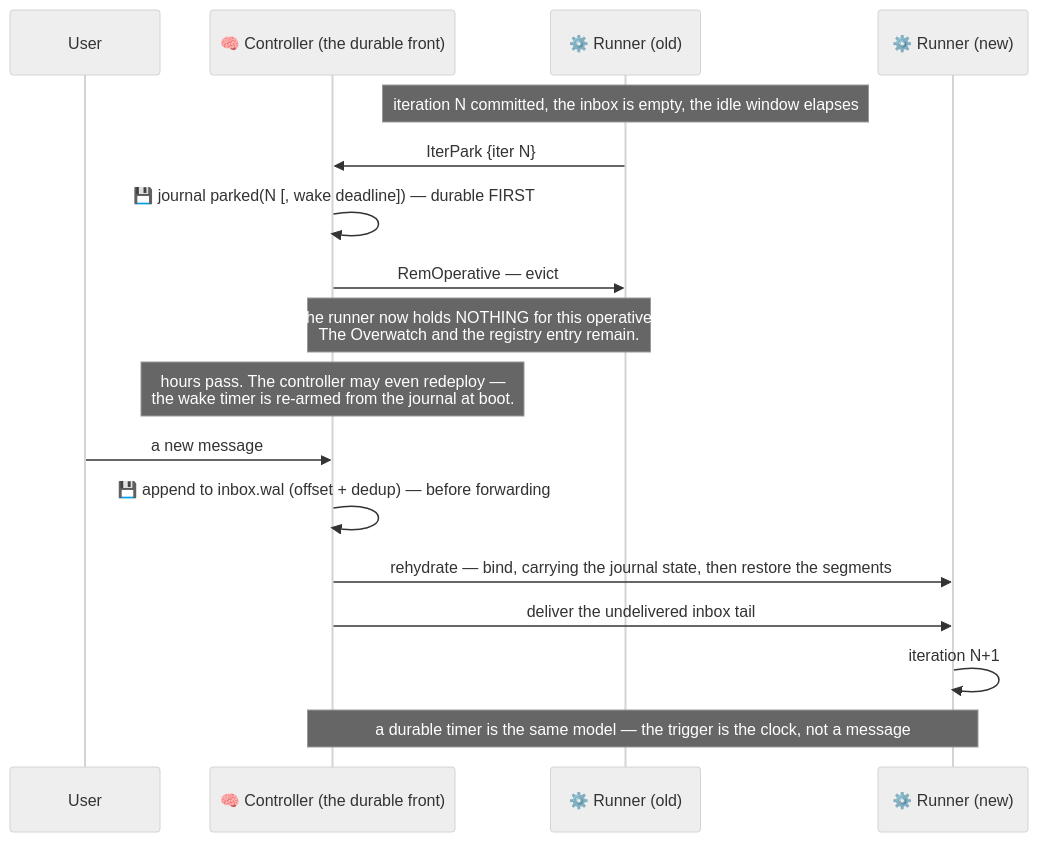
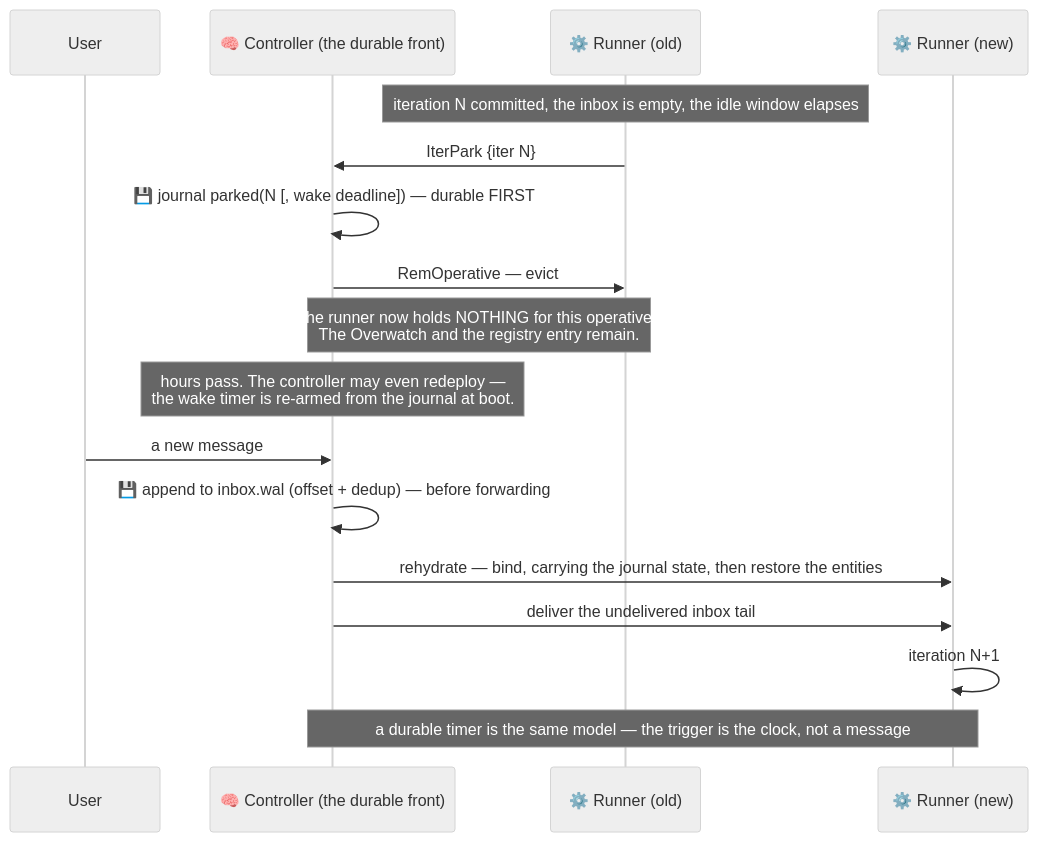
One commit to Flezha/flezha changed the seventh of 8 diagrams in docs/architecture/bounded_profile.md. Above: the diagram before and after it, drawn with Mermaid (neutral theme). The commit also changed other lines of this file and 658 other files, not shown here.

````diff
--- a/docs/architecture/bounded_profile.md
+++ b/docs/architecture/bounded_profile.md
@@ -325,22 +325,22 @@
 ```mermaid
 sequenceDiagram
     participant USER as User
     participant CTRL as 🧠 Controller (the durable front)
     participant EX1 as ⚙️ Runner (old)
     participant EX2 as ⚙️ Runner (new)
 
     Note over EX1: iteration N committed, the inbox is empty, the idle window elapses
     EX1->>CTRL: IterPark {iter N}
     CTRL->>CTRL: 💾 journal parked(N [, wake deadline]) — durable FIRST
     CTRL->>EX1: RemOperative — evict
     Note over CTRL,EX1: the runner now holds NOTHING for this operative.<br/>The Overwatch and the registry entry remain.
 
     Note over CTRL: hours pass. The controller may even redeploy —<br/>the wake timer is re-armed from the journal at boot.
 
     USER->>CTRL: a new message
     CTRL->>CTRL: 💾 append to inbox.wal (offset + dedup) — before forwarding
-    CTRL->>EX2: rehydrate — bind, carrying the journal state, then restore the segments
+    CTRL->>EX2: rehydrate — bind, carrying the journal state, then restore the entities
     CTRL->>EX2: deliver the undelivered inbox tail
     EX2->>EX2: iteration N+1
     Note over CTRL,EX2: a durable timer is the same model — the trigger is the clock, not a message
 ```
````
